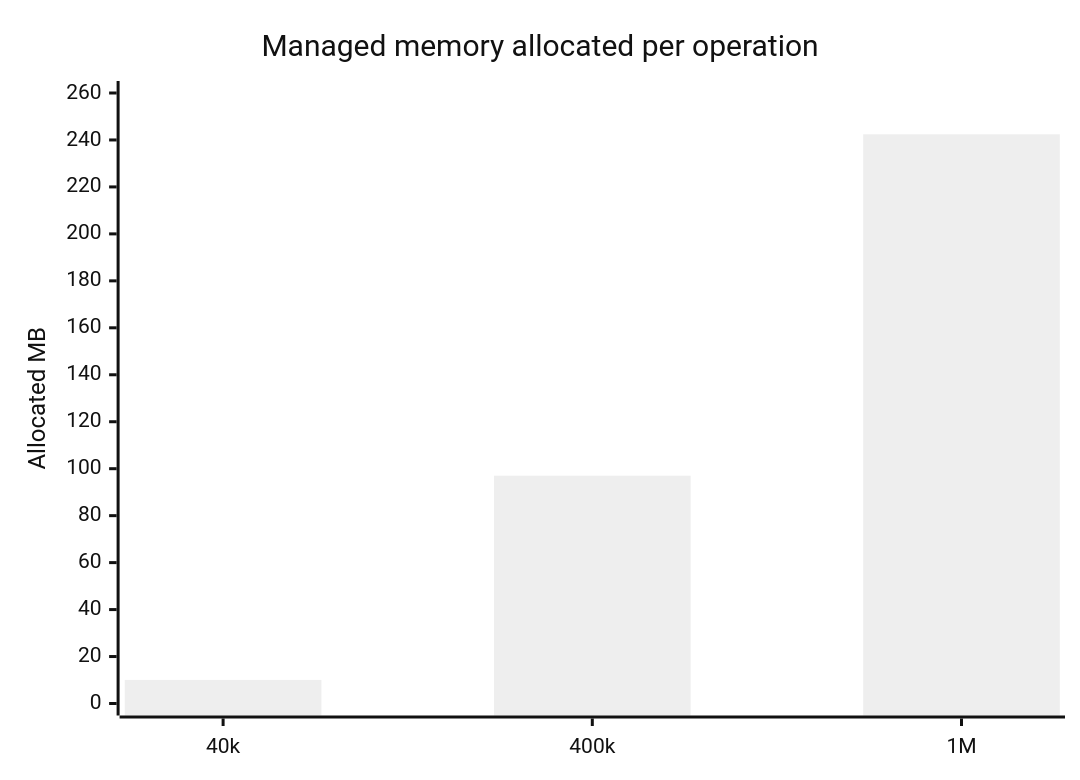
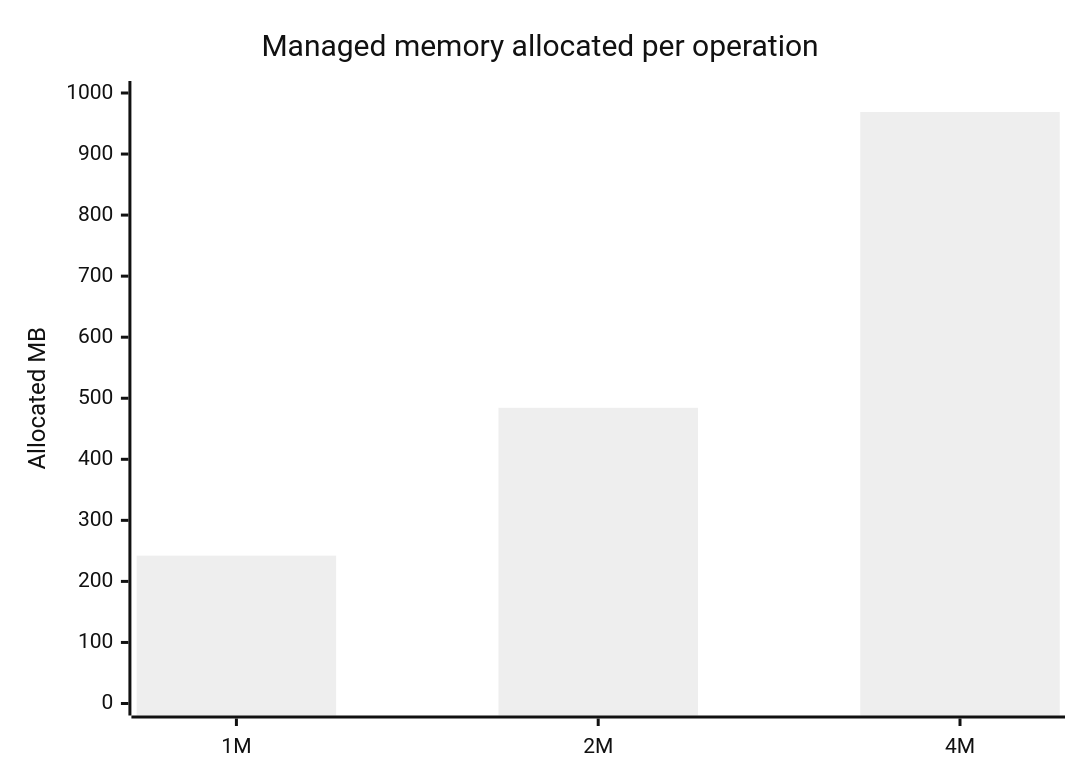
One commit to SolidArcSoftware/DataArc.EntityFrameworkCore changed the fifth of 7 diagrams in README.md. Above: the diagram before and after it, drawn with Mermaid (neutral theme). The commit also changed other lines of this file and 11 other files, not shown here.

````diff
--- a/README.md
+++ b/README.md
@@ -410,7 +416,7 @@
 ```mermaid
 xychart-beta
     title "Managed memory allocated per operation"
-    x-axis ["40k", "400k", "1M"]
-    y-axis "Allocated MB" 0 --> 260
-    bar [10.04, 97.02, 242.4]
+    x-axis ["1M", "2M", "4M"]
+    y-axis "Allocated MB" 0 --> 1000
+    bar [242.23, 484.37, 968.85]
 ```
````
